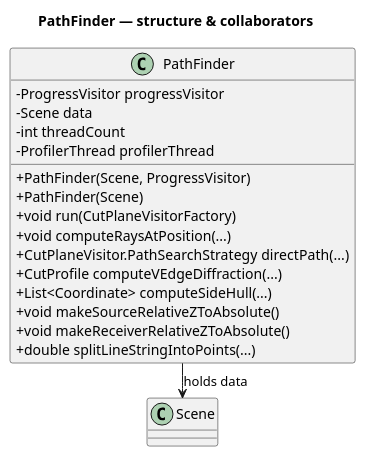
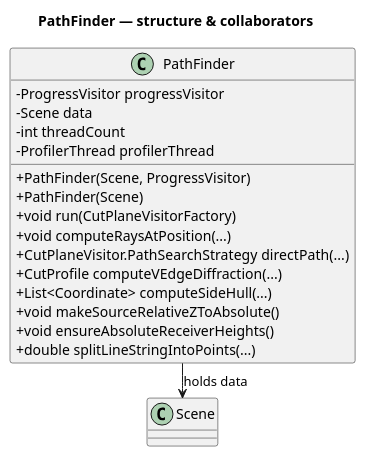
The eighth of 10 diagrams in Docs-dev/pathfinder_algorithms.md (jtagusari/NoiseModelling), drawn with PlantUML before and after one commit. The commit also changed other lines of this file and 75 other files, not shown here.

````diff
--- a/Docs-dev/pathfinder_algorithms.md
+++ b/Docs-dev/pathfinder_algorithms.md
@@ -331,32 +331,32 @@
 ```plantuml
 @startuml
 top to bottom direction
 skinparam componentStyle rectangle
 skinparam classPadding 2
 skinparam packagePadding 2
 skinparam classAttributeIconSize 0
 skinparam nodesep 8
 skinparam ranksep 10
 title PathFinder — structure & collaborators
 
 class PathFinder {
   - ProgressVisitor progressVisitor
   - Scene data
   - int threadCount
   - ProfilerThread profilerThread
   + PathFinder(Scene, ProgressVisitor)
   + PathFinder(Scene)
   + void run(CutPlaneVisitorFactory)
   + void computeRaysAtPosition(...)
   + CutPlaneVisitor.PathSearchStrategy directPath(...)
   + CutProfile computeVEdgeDiffraction(...)
   + List<Coordinate> computeSideHull(...)
   + void makeSourceRelativeZToAbsolute()
-  + void makeReceiverRelativeZToAbsolute()
+  + void ensureAbsoluteReceiverHeights()
   + double splitLineStringIntoPoints(...)
 }
 
 PathFinder --> Scene : holds data
 
 @enduml
 ```
````
